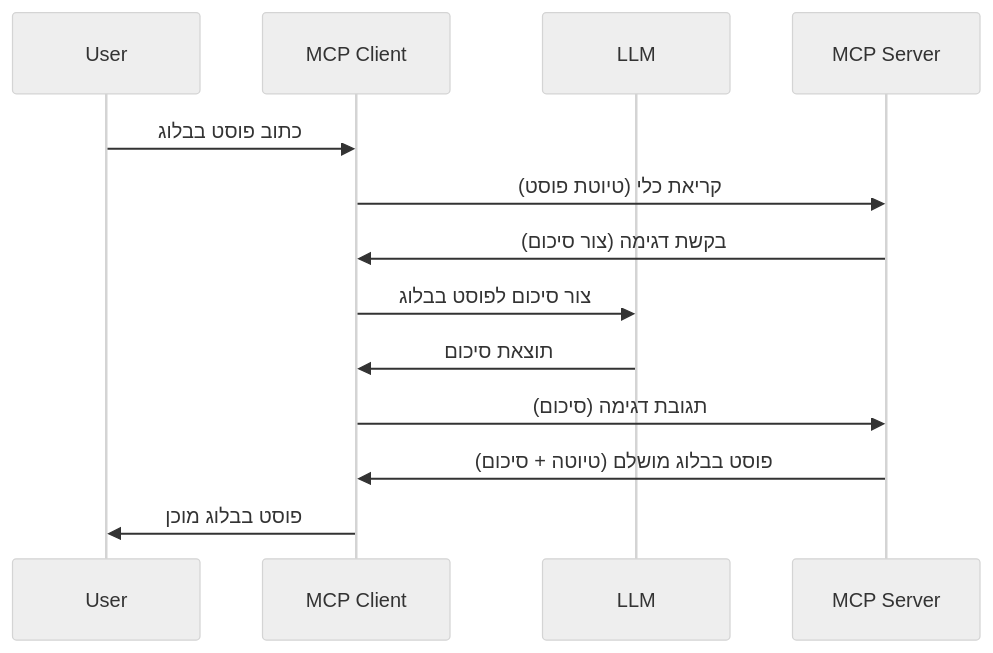
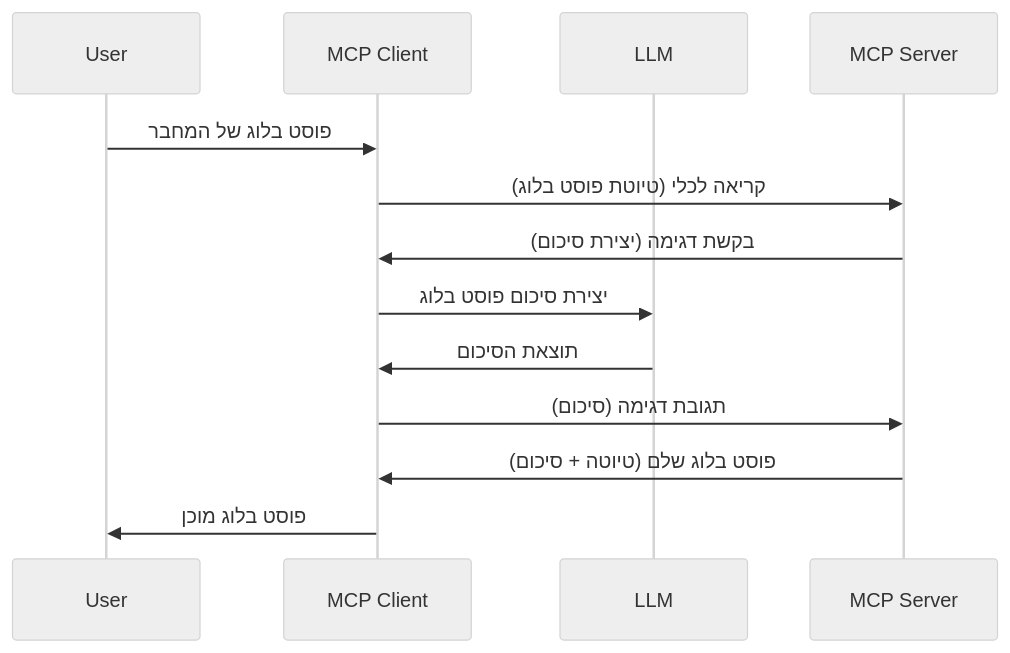
Before and after one commit to HIDORAKAI002/ai-workspace-archive: the diagram in mcp_ecosystem__model_context_protocol/mcp_learning_resources/mcp-for-beginners/translations/he/03-GettingStarted/14-sampling/README.md, drawn with Mermaid (neutral theme). The commit also changed other lines of this file and 5748 other files, not shown here.

Commit message:
chore(sync): update MCP Python SDK, MCP TypeScript SDK, Supabase MCP, Kubernetes MCP Server, Git MCP, MCP Agent, Awesome ChatGPT Prompts, Langfuse, +62 more

````diff
--- a/mcp_ecosystem__model_context_protocol/mcp_learning_resources/mcp-for-beginners/translations/he/03-GettingStarted/14-sampling/README.md
+++ b/mcp_ecosystem__model_context_protocol/mcp_learning_resources/mcp-for-beginners/translations/he/03-GettingStarted/14-sampling/README.md
@@ -25,16 +27,16 @@
 ```mermaid
 sequenceDiagram
     participant User
     participant MCP Client
     participant LLM
     participant MCP Server
 
-    User->>MCP Client: כתוב פוסט בבלוג
-    MCP Client->>MCP Server: קריאת כלי (טיוטת פוסט)
-    MCP Server->>MCP Client: בקשת דגימה (צור סיכום)
-    MCP Client->>LLM: צור סיכום לפוסט בבלוג
-    LLM->>MCP Client: תוצאת סיכום
+    User->>MCP Client: פוסט בלוג של המחבר
+    MCP Client->>MCP Server: קריאה לכלי (טיוטת פוסט בלוג)
+    MCP Server->>MCP Client: בקשת דגימה (יצירת סיכום)
+    MCP Client->>LLM: יצירת סיכום פוסט בלוג
+    LLM->>MCP Client: תוצאת הסיכום
     MCP Client->>MCP Server: תגובת דגימה (סיכום)
-    MCP Server->>MCP Client: פוסט בבלוג מושלם (טיוטה + סיכום)
-    MCP Client->>User: פוסט בבלוג מוכן
+    MCP Server->>MCP Client: פוסט בלוג שלם (טיוטה + סיכום)
+    MCP Client->>User: פוסט בלוג מוכן
 ```
````
